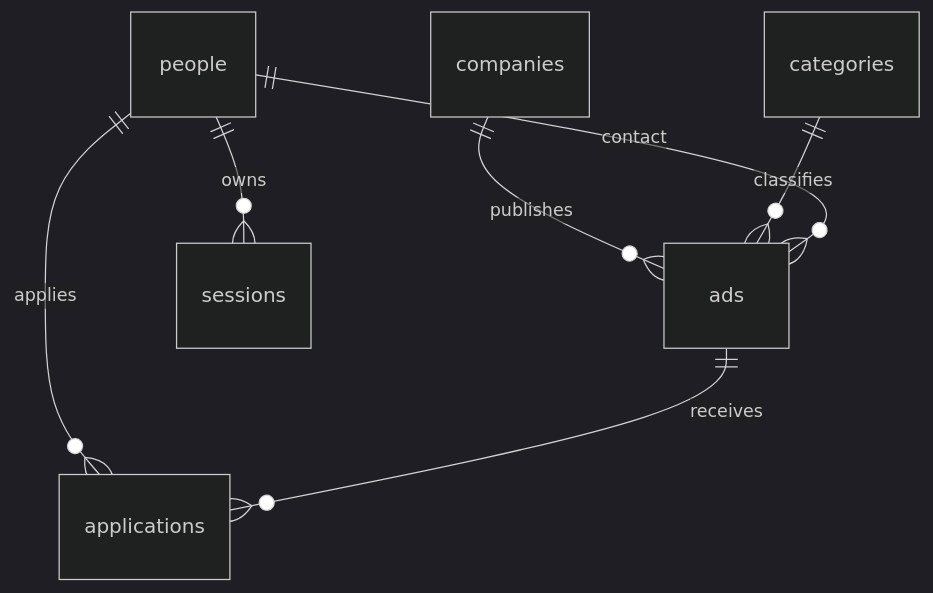
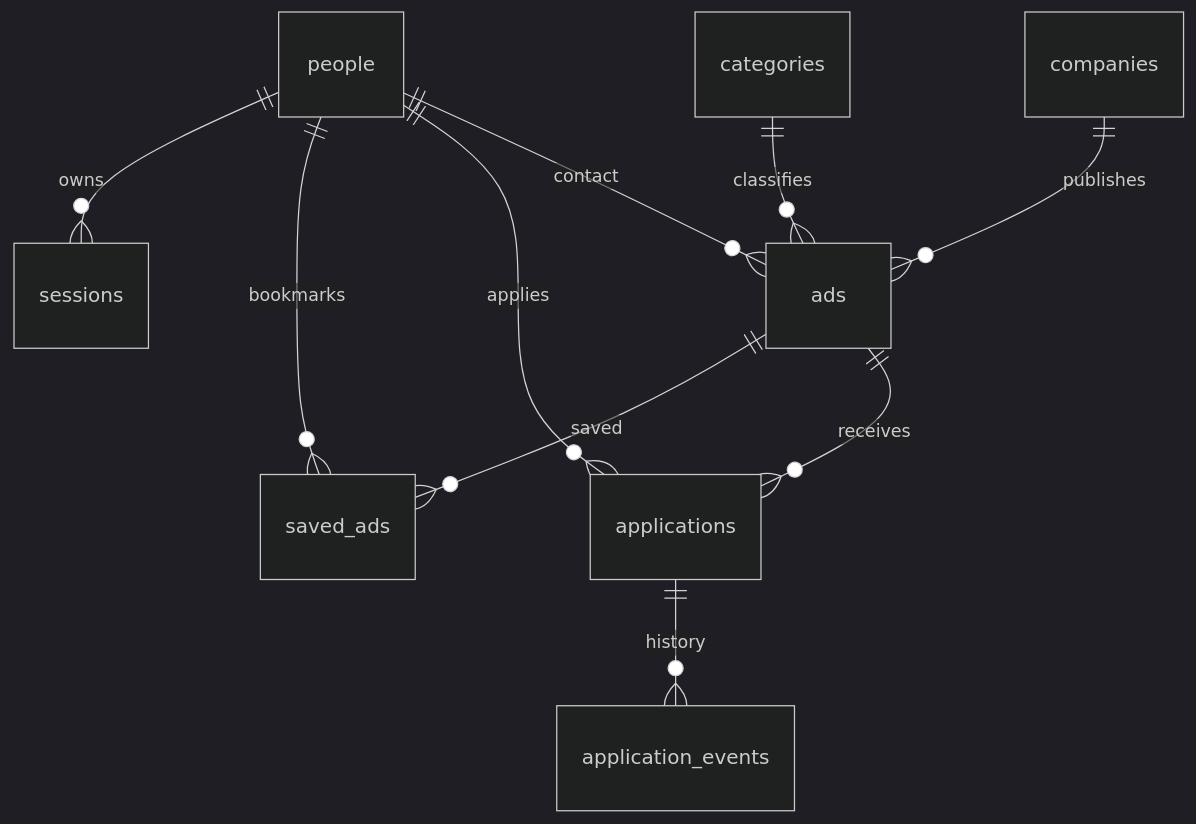
One commit to hsainezaid0/Job-Board- changed the diagram in README.md. Above: the diagram before and after it, drawn with Mermaid (dark theme). The commit also changed other lines of this file and 17 other files, not shown here.

````diff
--- a/README.md
+++ b/README.md
@@ -111,9 +94,12 @@
 ```mermaid
 erDiagram
   companies ||--o{ ads : publishes
   categories ||--o{ ads : classifies
   people ||--o{ ads : contact
   people ||--o{ applications : applies
   ads ||--o{ applications : receives
+  applications ||--o{ application_events : history
+  people ||--o{ saved_ads : bookmarks
+  ads ||--o{ saved_ads : saved
   people ||--o{ sessions : owns
 ```
````
